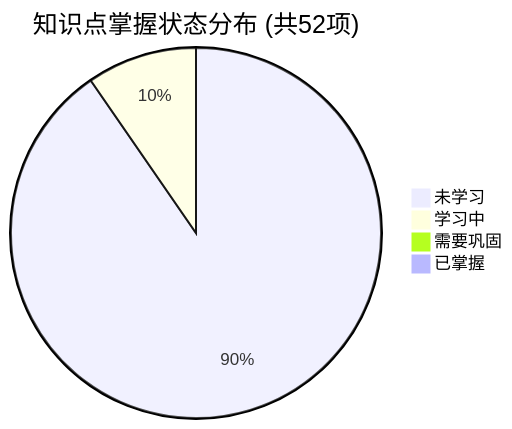
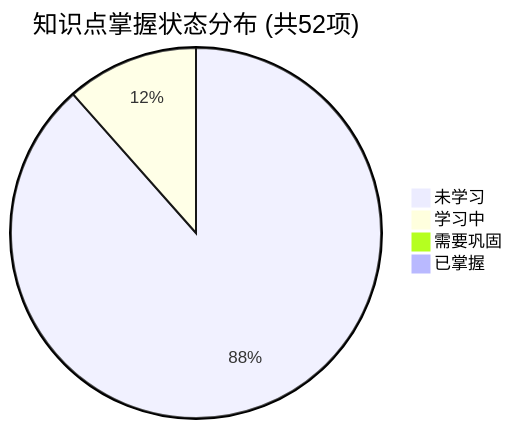
One commit to tieke1121/tech-interview-knowledge-base changed the first of 2 diagrams in PROGRESS.md. Above: the diagram before and after it, drawn with Mermaid. The commit also changed other lines of this file and 1 other file, not shown here.

First line of the commit message:
feat(day06): add spark core architecture, sortshuffle, tungsten, aqe & skew join

````diff
--- a/PROGRESS.md
+++ b/PROGRESS.md
@@ -23,7 +23,7 @@
 ```mermaid
 pie title 知识点掌握状态分布 (共52项)
-    "未学习" : 47
-    "学习中" : 5
+    "未学习" : 46
+    "学习中" : 6
     "需要巩固" : 0
     "已掌握" : 0
 ```
````
